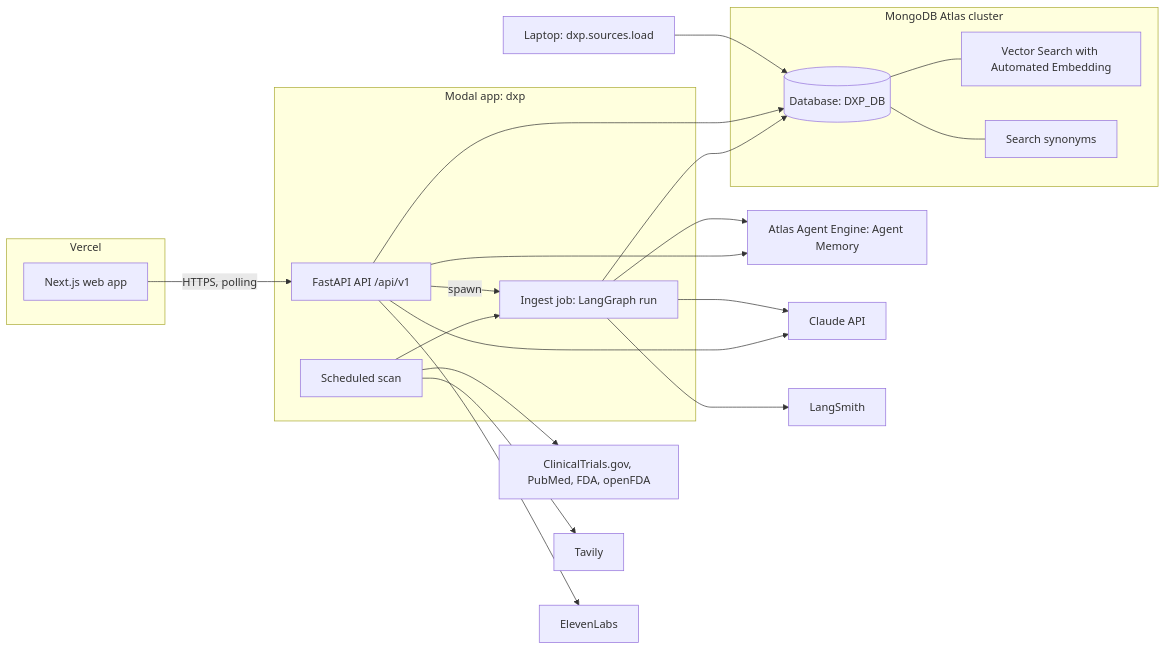
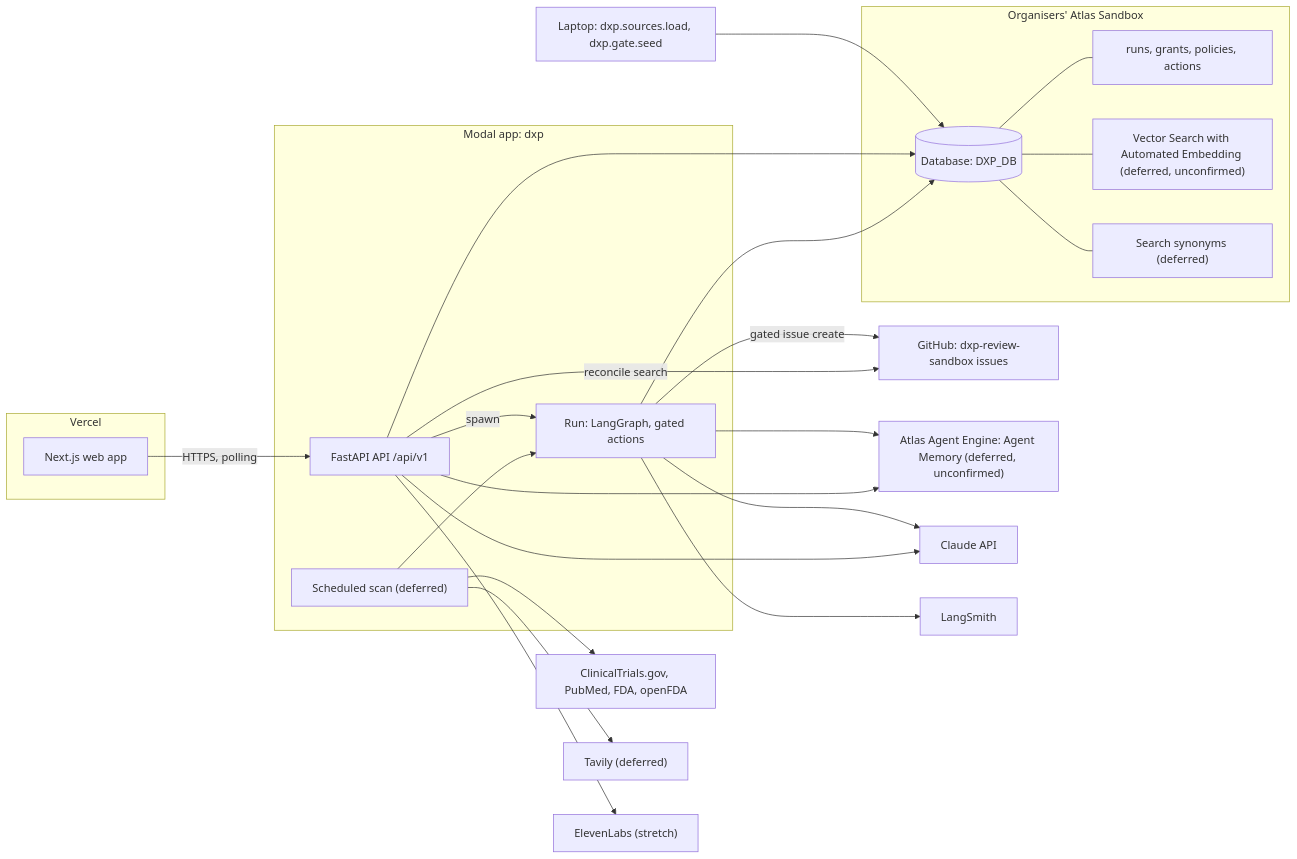
The second of 5 diagrams in _bmad-output/planning-artifacts/architecture/architecture-agents-in-context-toronto-2026-11-13/ARCHITECTURE-SPINE.md (lutic1/agents-in-context-toronto), drawn with Mermaid before and after one commit. The commit also changed other lines of this file and 86 other files, not shown here.

````diff
--- a/_bmad-output/planning-artifacts/architecture/architecture-agents-in-context-toronto-2026-11-13/ARCHITECTURE-SPINE.md
+++ b/_bmad-output/planning-artifacts/architecture/architecture-agents-in-context-toronto-2026-11-13/ARCHITECTURE-SPINE.md
@@ -319,39 +483,44 @@
 ```mermaid
 flowchart LR
   subgraph Vercel
     web["Next.js web app"]
   end
   subgraph Modal["Modal app: dxp"]
     api["FastAPI API /api/v1"]
-    job["Ingest job: LangGraph run"]
-    cron["Scheduled scan"]
+    job["Run: LangGraph, gated actions"]
+    cron["Scheduled scan (deferred)"]
   end
-  subgraph Atlas["MongoDB Atlas cluster"]
+  subgraph Atlas["Organisers' Atlas Sandbox"]
     db[("Database: DXP_DB")]
-    vs["Vector Search with Automated Embedding"]
-    syn["Search synonyms"]
+    gov["runs, grants, policies, actions"]
+    vs["Vector Search with Automated Embedding (deferred, unconfirmed)"]
+    syn["Search synonyms (deferred)"]
   end
-  laptop["Laptop: dxp.sources.load"]
-  mem["Atlas Agent Engine: Agent Memory"]
+  laptop["Laptop: dxp.sources.load, dxp.gate.seed"]
+  gh["GitHub: dxp-review-sandbox issues"]
+  mem["Atlas Agent Engine: Agent Memory (deferred, unconfirmed)"]
   claude["Claude API"]
   ls["LangSmith"]
   src["ClinicalTrials.gov, PubMed, FDA, openFDA"]
-  tav["Tavily"]
-  el["ElevenLabs"]
+  tav["Tavily (deferred)"]
+  el["ElevenLabs (stretch)"]
   web -->|HTTPS, polling| api
   api -->|spawn| job
   cron --> job
   laptop --> db
   api --> db
   job --> db
+  db --- gov
   db --- vs
   db --- syn
+  job -->|gated issue create| gh
+  api -->|reconcile search| gh
   job --> claude
   cron --> src
   cron --> tav
   job --> ls
   job --> mem
   api --> mem
   api --> claude
   api --> el
 ```
````
